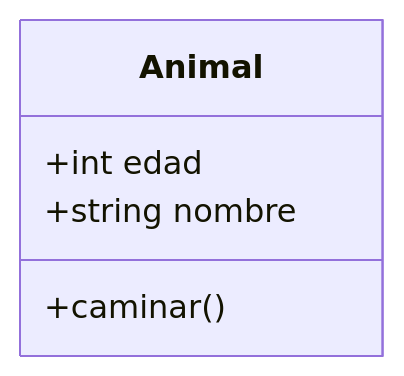
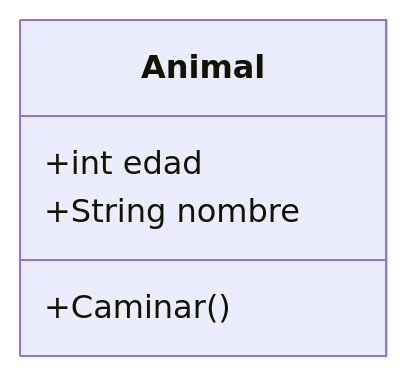
Before and after one commit to Riscanevo666/Diagrama-clases: the diagram in README.md, drawn with Mermaid.

Commit message:
Fix class diagram syntax in README.md

````diff
--- a/README.md
+++ b/README.md
@@ -2,8 +2,8 @@
 ```mermaid
  classDiagram
    class Animal
    Animal: +int edad
-   Animal: +string nombre
-   Animal: +caminar() 
+   Animal: +String nombre
+   Animal: +Caminar() 
     
 ```
````
